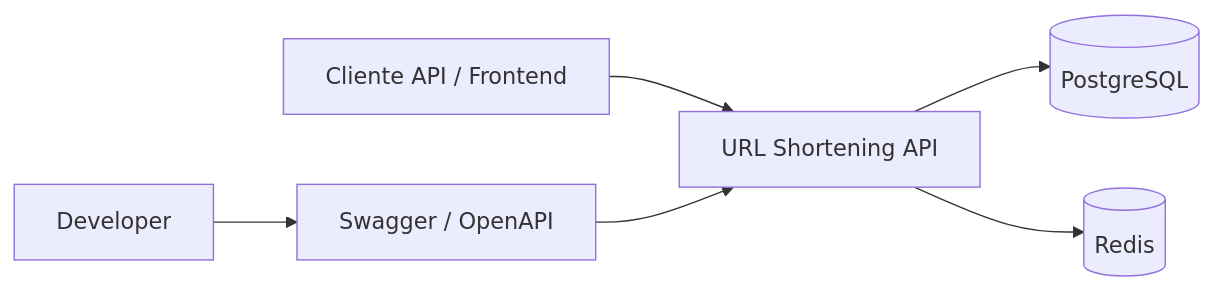
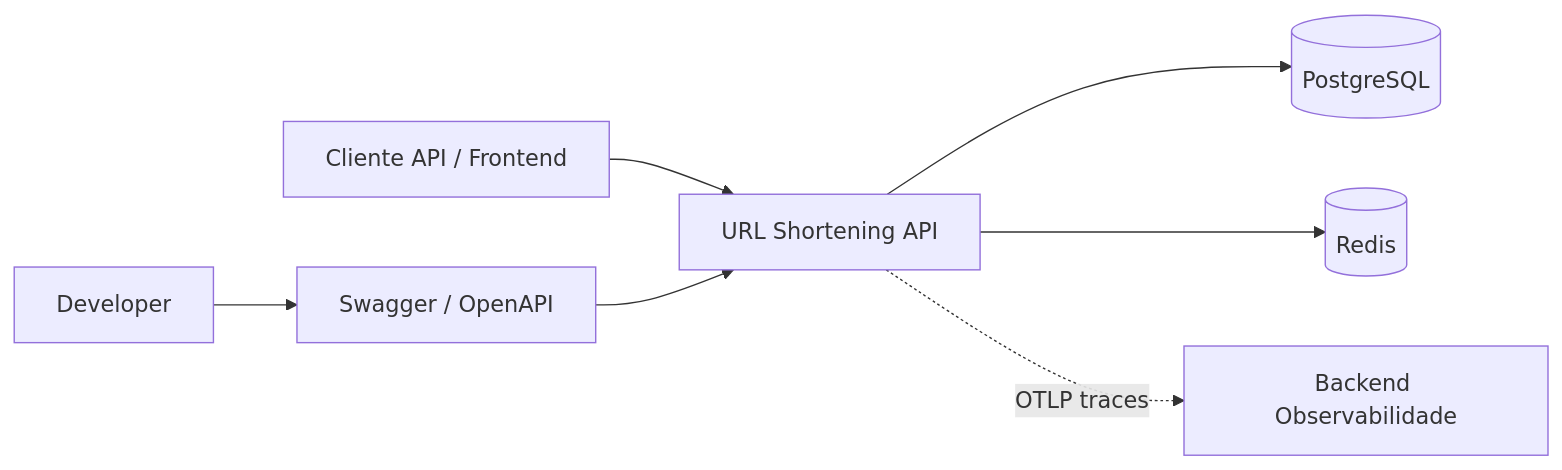
The first of 5 diagrams in README.md (joisiney/short-url-api), drawn with Mermaid before and after one commit. The commit also changed other lines of this file and 1 other file, not shown here.

First line of the commit message:
docs: document observability flow and OTEL env setup

````diff
--- a/README.md
+++ b/README.md
@@ -77,8 +77,9 @@
 ```mermaid
 flowchart LR
     User[Cliente API / Frontend] --> API[URL Shortening API]
     API --> PG[(PostgreSQL)]
     API --> Redis[(Redis)]
+    API -.->|OTLP traces| OTel[Backend Observabilidade]
     Dev[Developer] --> Swagger[Swagger / OpenAPI]
     Swagger --> API
 ```
````
